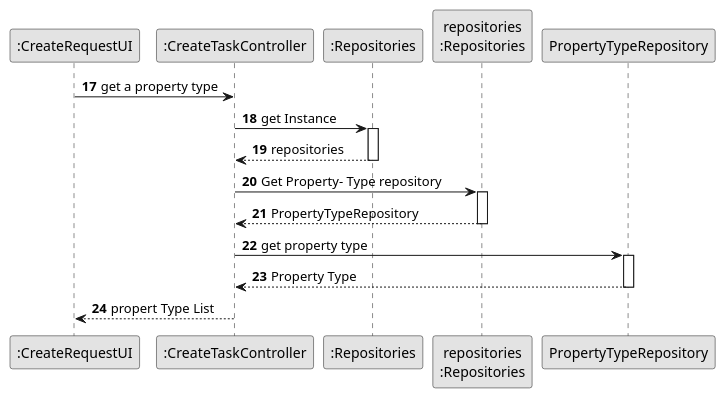
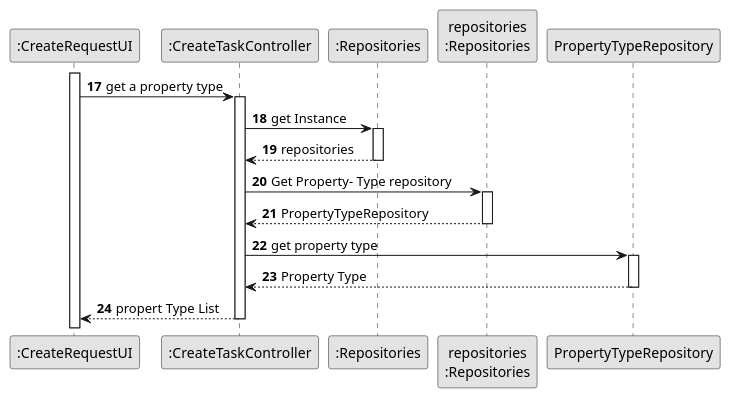
Before and after one commit to Rodrick0209/ISEP-LAPR2-22-23: the diagram in docs/Sprint-B/US004/03.design/puml/us004-sequence-diagram-partial-get-property-type.puml, drawn with PlantUML. The commit also changed 12 other files, not shown here.

```diff
--- a/docs/Sprint-B/US004/03.design/puml/us004-sequence-diagram-partial-get-property-type.puml
+++ b/docs/Sprint-B/US004/03.design/puml/us004-sequence-diagram-partial-get-property-type.puml
@@ -1,39 +1,42 @@
 @startuml
 skinparam monochrome true
 skinparam packageStyle rectangle
 skinparam shadowing false
 
 
 
 'hide footbox
 participant ":CreateRequestUI" as UI
 participant ":CreateTaskController" as CTRL
 participant ":Repositories" as Rep
 participant "repositories\n:Repositories" as PLAT
 participant "PropertyTypeRepository" as ProType
 
 autonumber 17
+activate UI
 UI -> CTRL : get a property type
 
+activate CTRL
     CTRL -> Rep : get Instance
+
     activate Rep
 
     Rep --> CTRL: repositories
     deactivate Rep
 
     CTRL -> PLAT : Get Property- Type repository
     activate PLAT
 
     PLAT --> CTRL : PropertyTypeRepository
     deactivate PLAT
 
     CTRL -> ProType :get property type
     activate ProType
 
     ProType --> CTRL : Property Type
     deactivate ProType
 
     CTRL --> UI : propert Type List
     deactivate CTRL
 
 @enduml
```
